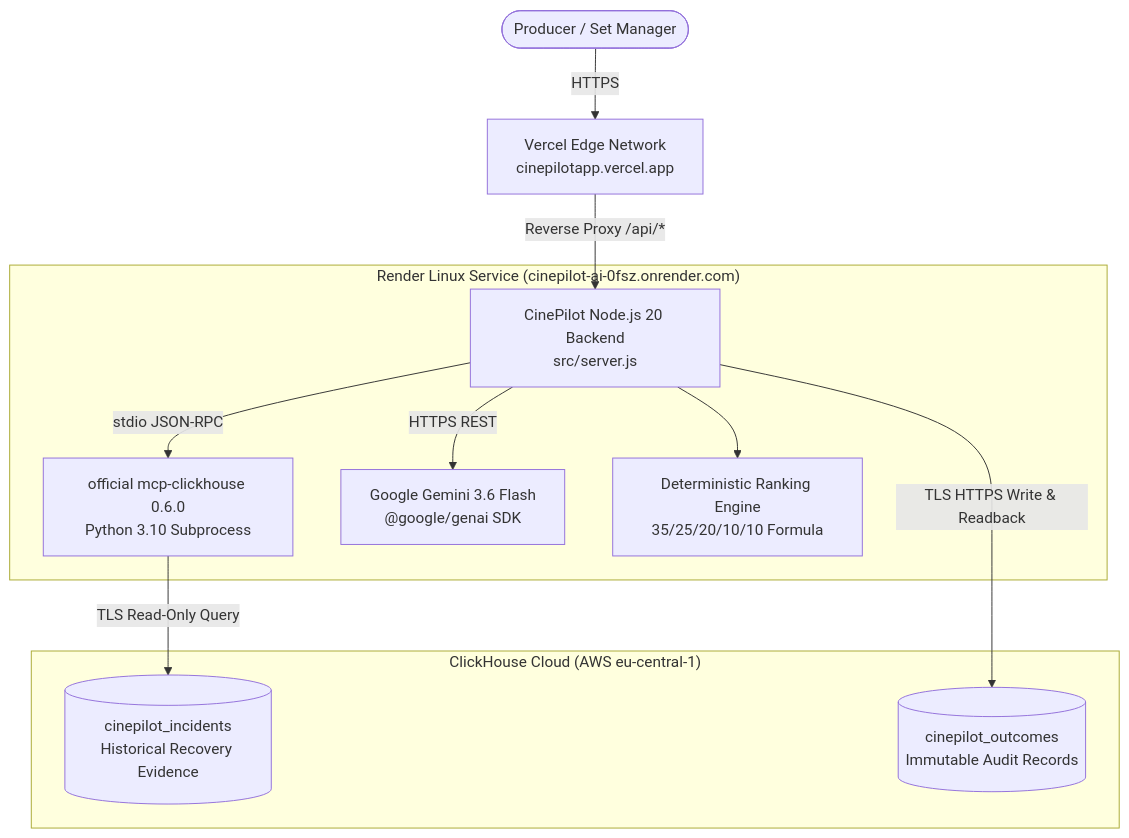
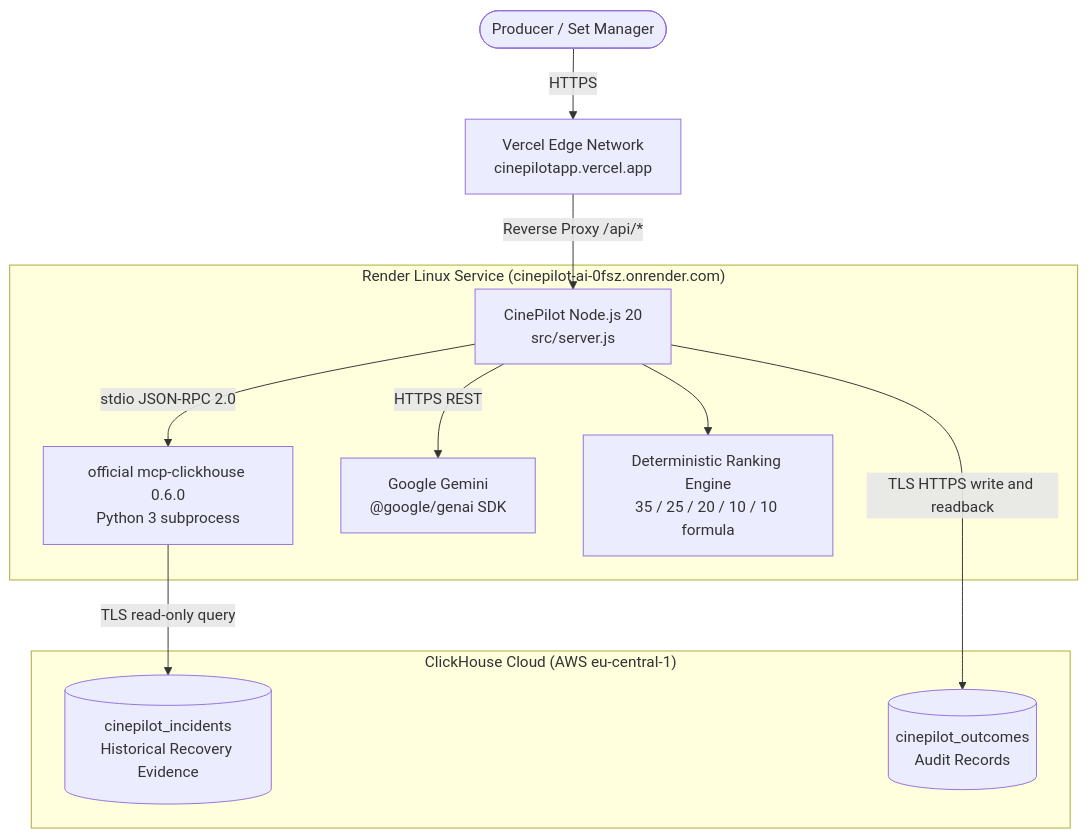
Before and after one commit to judeik/cinepilot-ai: the diagram in README.md, drawn with Mermaid. The commit also changed other lines of this file, not shown here.

Commit message:
docs: humanize CinePilot V3 README

````diff
--- a/README.md
+++ b/README.md
@@ -173,24 +198,24 @@
 ```mermaid
 flowchart TD
     User([Producer / Set Manager]) -->|HTTPS| Vercel[Vercel Edge Network<br/>cinepilotapp.vercel.app]
-    
+
     subgraph Render["Render Linux Service (cinepilot-ai-0fsz.onrender.com)"]
-        NodeServer[CinePilot Node.js 20 Backend<br/>src/server.js]
-        MCP[official mcp-clickhouse 0.6.0<br/>Python 3.10 Subprocess]
-        Gemini[Google Gemini 3.6 Flash<br/>@google/genai SDK]
-        Engine[Deterministic Ranking Engine<br/>35/25/20/10/10 Formula]
-        
-        NodeServer -->|stdio JSON-RPC| MCP
+        NodeServer[CinePilot Node.js 20<br/>src/server.js]
+        MCP[official mcp-clickhouse 0.6.0<br/>Python 3 subprocess]
+        Gemini[Google Gemini<br/>@google/genai SDK]
+        Engine[Deterministic Ranking Engine<br/>35 / 25 / 20 / 10 / 10 formula]
+
+        NodeServer -->|stdio JSON-RPC 2.0| MCP
         NodeServer -->|HTTPS REST| Gemini
         NodeServer --> Engine
     end
-    
+
     subgraph ClickHouse["ClickHouse Cloud (AWS eu-central-1)"]
         CH_Incidents[(cinepilot_incidents<br/>Historical Recovery Evidence)]
-        CH_Outcomes[(cinepilot_outcomes<br/>Immutable Audit Records)]
+        CH_Outcomes[(cinepilot_outcomes<br/>Audit Records)]
     end
-    
+
     Vercel -->|Reverse Proxy /api/*| NodeServer
-    MCP -->|TLS Read-Only Query| CH_Incidents
-    NodeServer -->|TLS HTTPS Write & Readback| CH_Outcomes
+    MCP -->|TLS read-only query| CH_Incidents
+    NodeServer -->|TLS HTTPS write and readback| CH_Outcomes
 ```
````
